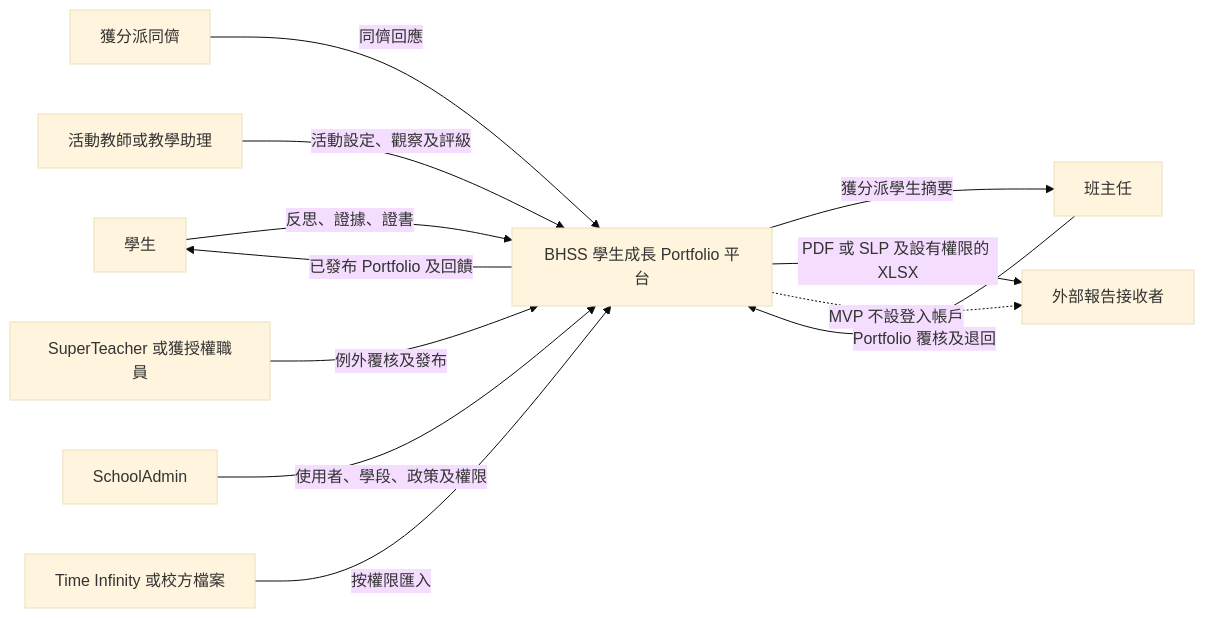
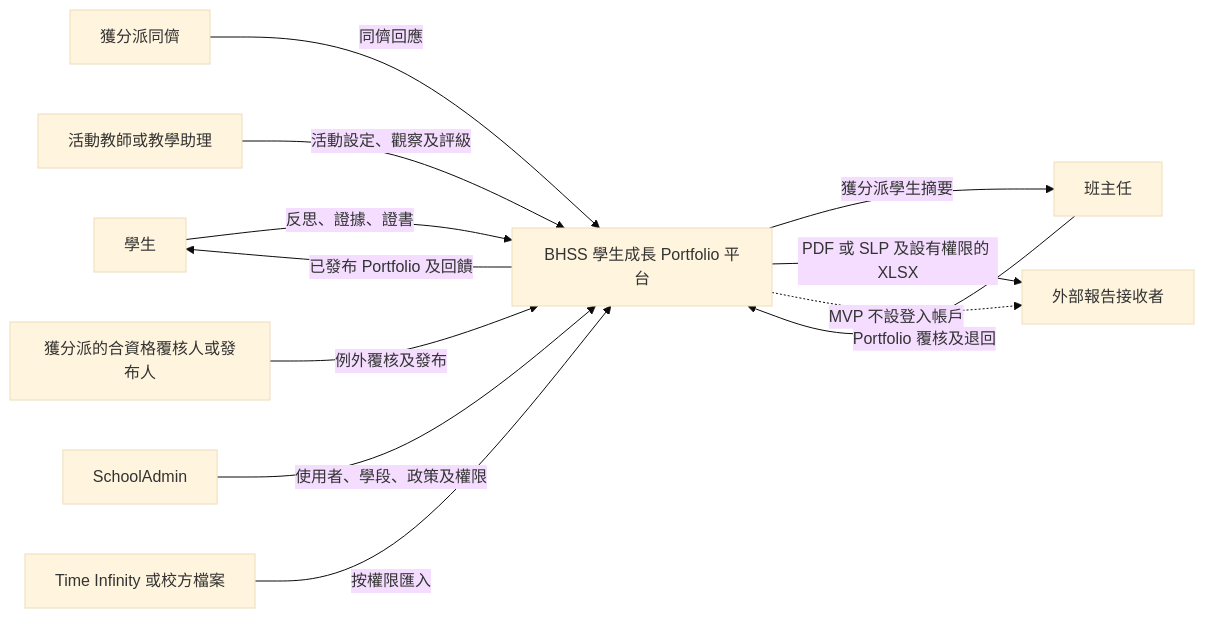
Before and after one commit to heison-octopus/testing-port: the third of 13 diagrams in output/Chinese/核心資料關係.md, drawn with Mermaid (base theme). The commit also changed other lines of this file and 117 other files, not shown here.

````diff
--- a/output/Chinese/核心資料關係.md
+++ b/output/Chinese/核心資料關係.md
@@ -248,14 +283,14 @@
 ```mermaid
 flowchart LR
     Student[學生] -->|反思、證據、證書| Platform[BHSS 學生成長 Portfolio 平台]
     Peer[獲分派同儕] -->|同儕回應| Platform
     ActivityTeacher[活動教師或教學助理] -->|活動設定、觀察及評級| Platform
     ClassTeacher[班主任] -->|Portfolio 覆核及退回| Platform
-    Staff[SuperTeacher 或獲授權職員] -->|例外覆核及發布| Platform
+    Staff[獲分派的合資格覆核人或發布人] -->|例外覆核及發布| Platform
     Admin[SchoolAdmin] -->|使用者、學段、政策及權限| Platform
     TimeInfinity[Time Infinity 或校方檔案] -->|按權限匯入| Platform
     Platform -->|已發布 Portfolio 及回饋| Student
     Platform -->|獲分派學生摘要| ClassTeacher
     Platform -->|PDF 或 SLP 及設有權限的 XLSX| External[外部報告接收者]
     Platform -.->|MVP 不設登入帳戶| External
 ```
````
